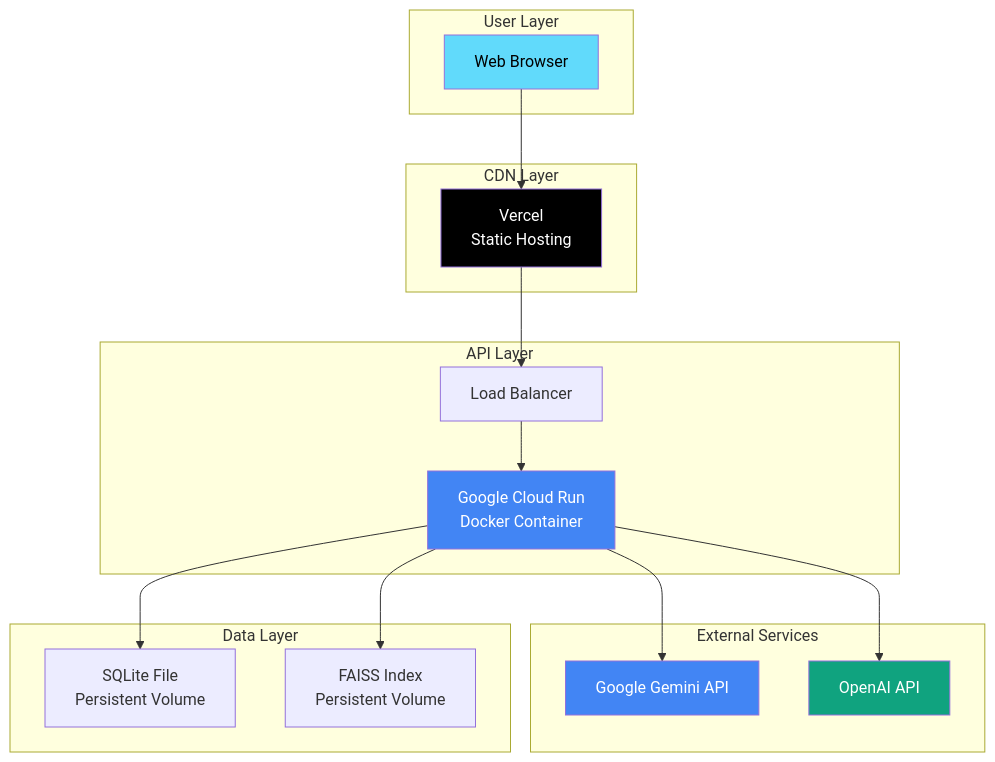
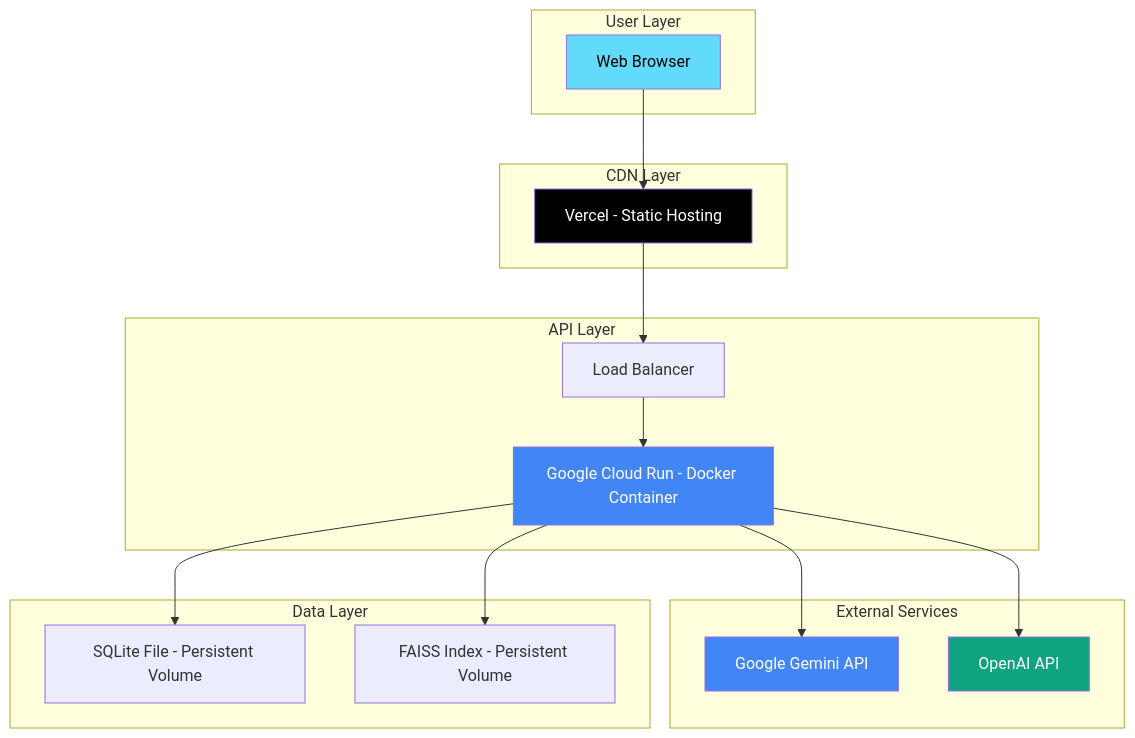
Before and after one commit to Tpg1993/text2sqlagent: the ninth of 12 diagrams in documentation/ARCHITECTURE_DIAGRAMS.md, drawn with Mermaid. The commit also changed other lines of this file and 2 other files, not shown here.

````diff
--- a/documentation/ARCHITECTURE_DIAGRAMS.md
+++ b/documentation/ARCHITECTURE_DIAGRAMS.md
@@ -293,40 +320,44 @@
 ```mermaid
 graph TB
     subgraph User["User Layer"]
         Browser[Web Browser]
     end
     
     subgraph CDN["CDN Layer"]
-        Vercel[Vercel<br/>Static Hosting]
+    Vercel["Vercel - Static Hosting"]
+
     end
     
     subgraph API["API Layer"]
-        CloudRun[Google Cloud Run<br/>Docker Container]
+    CloudRun["Google Cloud Run - Docker Container"]
+
         LB[Load Balancer]
     end
     
     subgraph Services["External Services"]
         GeminiAPI[Google Gemini API]
         OpenAIAPI[OpenAI API]
     end
     
     subgraph Data["Data Layer"]
-        SQLiteFile[SQLite File<br/>Persistent Volume]
-        FAISSFile[FAISS Index<br/>Persistent Volume]
+    SQLiteFile["SQLite File - Persistent Volume"]
+
+    FAISSFile["FAISS Index - Persistent Volume"]
+
     end
     
     Browser --> Vercel
     Vercel --> LB
     LB --> CloudRun
     
     CloudRun --> GeminiAPI
     CloudRun --> OpenAIAPI
     CloudRun --> SQLiteFile
     CloudRun --> FAISSFile
     
     style Browser fill:#61DAFB,color:#000
     style Vercel fill:#000,color:#fff
     style CloudRun fill:#4285F4,color:#fff
     style GeminiAPI fill:#4285F4,color:#fff
     style OpenAIAPI fill:#10A37F,color:#fff
 ```
````
